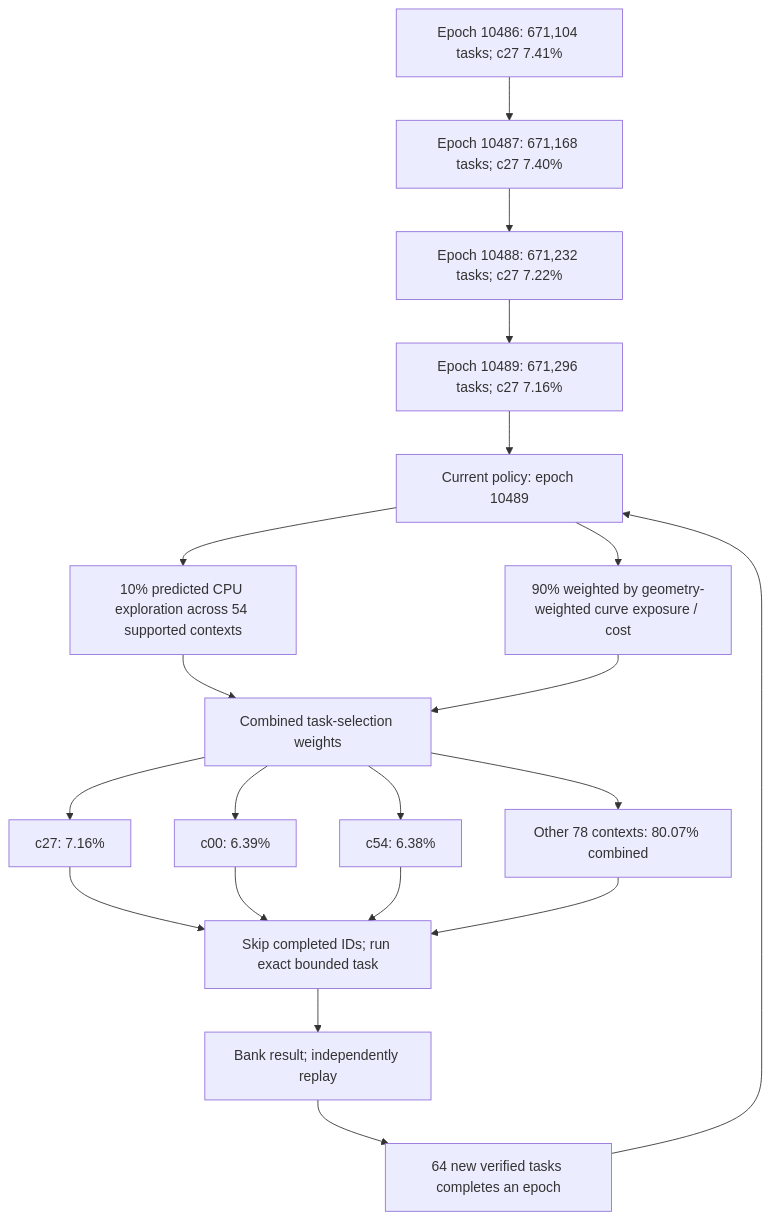
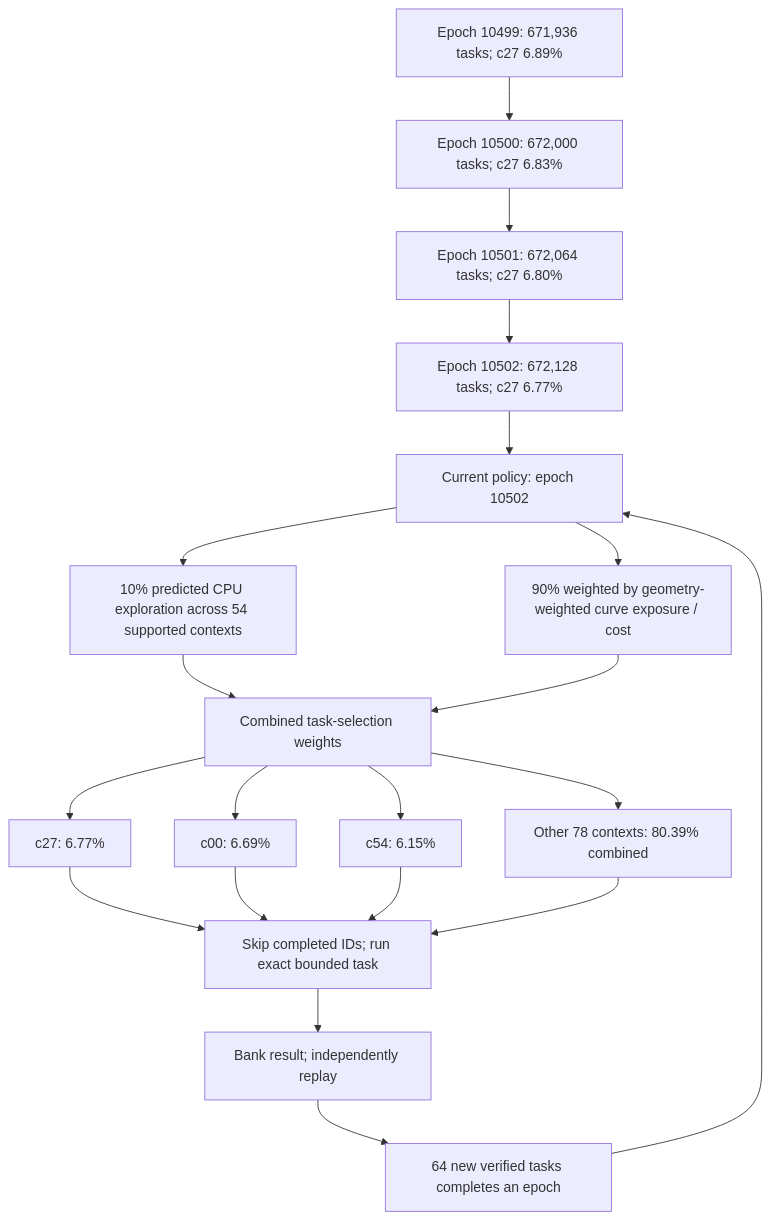
The first of 4 diagrams in README.md (Kuberwastaken/math-gambling), drawn with Mermaid before and after one commit. The commit also changed other lines of this file and 1962 other files, not shown here.

````diff
--- a/README.md
+++ b/README.md
@@ -60,27 +60,27 @@
 ```mermaid
 flowchart TD
-    H0["Epoch 10486: 671,104 tasks; c27 7.41%"]
-    H1["Epoch 10487: 671,168 tasks; c27 7.40%"]
+    H0["Epoch 10499: 671,936 tasks; c27 6.89%"]
+    H1["Epoch 10500: 672,000 tasks; c27 6.83%"]
     H0 --> H1
-    H2["Epoch 10488: 671,232 tasks; c27 7.22%"]
+    H2["Epoch 10501: 672,064 tasks; c27 6.80%"]
     H1 --> H2
-    H3["Epoch 10489: 671,296 tasks; c27 7.16%"]
+    H3["Epoch 10502: 672,128 tasks; c27 6.77%"]
     H2 --> H3
-    Policy["Current policy: epoch 10489"]
+    Policy["Current policy: epoch 10502"]
     H3 --> Policy
     Policy --> Explore["10% predicted CPU exploration across 54 supported contexts"]
     Policy --> Cost["90% weighted by geometry-weighted curve exposure / cost"]
     Explore --> Mix["Combined task-selection weights"]
     Cost --> Mix
-    Mix --> C0["c27: 7.16%"]
-    Mix --> C1["c00: 6.39%"]
-    Mix --> C2["c54: 6.38%"]
-    Mix --> Rest["Other 78 contexts: 80.07% combined"]
+    Mix --> C0["c27: 6.77%"]
+    Mix --> C1["c00: 6.69%"]
+    Mix --> C2["c54: 6.15%"]
+    Mix --> Rest["Other 78 contexts: 80.39% combined"]
     C0 --> Check["Skip completed IDs; run exact bounded task"]
     C1 --> Check
     C2 --> Check
     Rest --> Check
     Check --> Replay["Bank result; independently replay"]
     Replay --> Gate["64 new verified tasks completes an epoch"]
     Gate --> Policy
 ```
````
